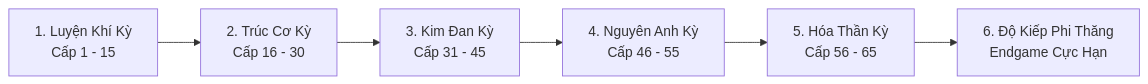
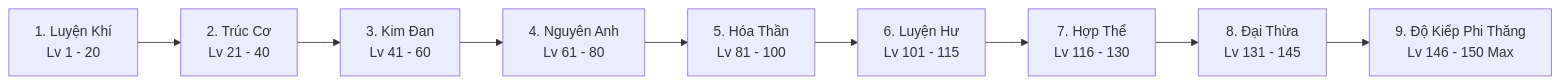
Before and after one commit to dajunctic/Echoes-of-Genesis: the diagram in Documents/10_HE_THONG_TU_TIEN_VA_DANH_SACH_TUONG_GACHA.md, drawn with Mermaid. The commit also changed other lines of this file and 6 other files, not shown here.

````diff
--- a/Documents/10_HE_THONG_TU_TIEN_VA_DANH_SACH_TUONG_GACHA.md
+++ b/Documents/10_HE_THONG_TU_TIEN_VA_DANH_SACH_TUONG_GACHA.md
@@ -39,8 +42,11 @@
 ```mermaid
 graph LR
-    LK[1. Luyện Khí Kỳ<br>Cấp 1 - 15] --> TC[2. Trúc Cơ Kỳ<br>Cấp 16 - 30]
-    TC --> KD[3. Kim Đan Kỳ<br>Cấp 31 - 45]
-    KD --> NA[4. Nguyên Anh Kỳ<br>Cấp 46 - 55]
-    NA --> HT[5. Hóa Thần Kỳ<br>Cấp 56 - 65]
-    HT --> DK[6. Độ Kiếp Phi Thăng<br>Endgame Cực Hạn]
+    LK[1. Luyện Khí<br>Lv 1 - 20] --> TC[2. Trúc Cơ<br>Lv 21 - 40]
+    TC --> KD[3. Kim Đan<br>Lv 41 - 60]
+    KD --> NA[4. Nguyên Anh<br>Lv 61 - 80]
+    NA --> HT[5. Hóa Thần<br>Lv 81 - 100]
+    HT --> LH[6. Luyện Hư<br>Lv 101 - 115]
+    LH --> HopThe[7. Hợp Thể<br>Lv 116 - 130]
+    HopThe --> DaiThua[8. Đại Thừa<br>Lv 131 - 145]
+    DaiThua --> PhiThang[9. Độ Kiếp Phi Thăng<br>Lv 146 - 150 Max]
 ```
````
